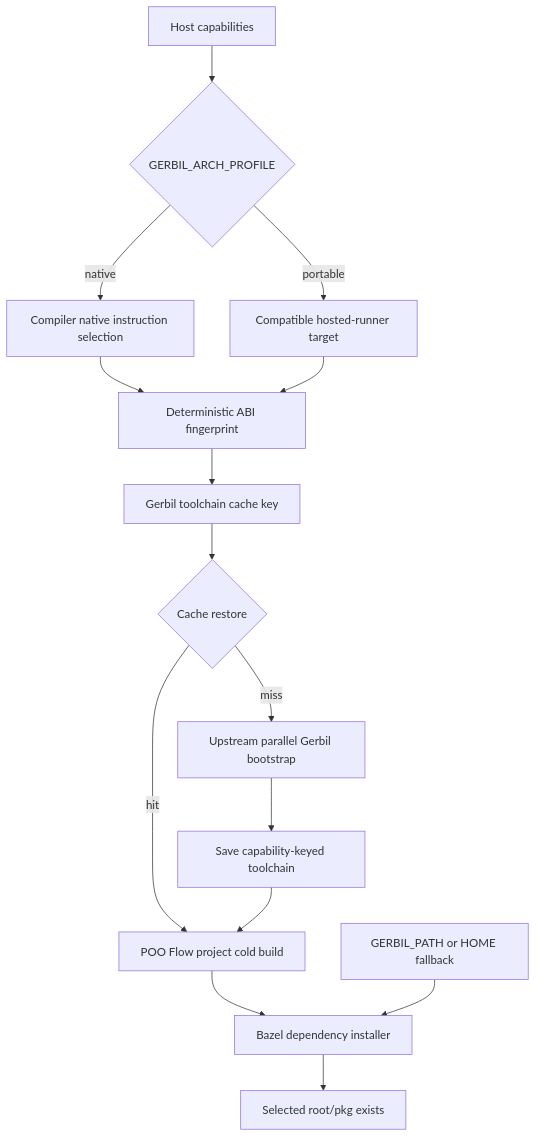
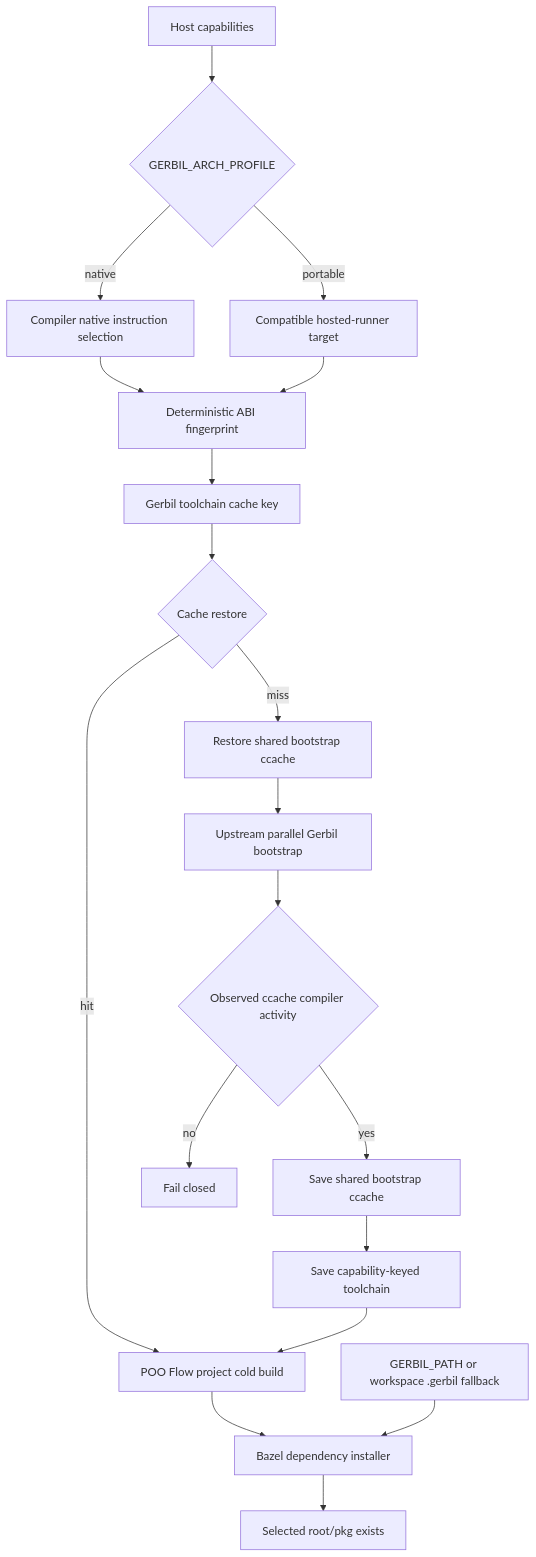
One commit to tao3k/poo-flow changed the diagram in docs/10-19-design/10.06-poo-module-system/148-ci-capability-cache-invariants.org. Above: the diagram before and after it, drawn with Mermaid. The commit also changed other lines of this file and 4 other files, not shown here.

Commit message:
perf(build): enforce Gerbil bootstrap ccache

```diff
--- a/docs/10-19-design/10.06-poo-module-system/148-ci-capability-cache-invariants.org
+++ b/docs/10-19-design/10.06-poo-module-system/148-ci-capability-cache-invariants.org
@@ -39,17 +44,21 @@
 #+begin_src mermaid
 flowchart TD
     Host["Host capabilities"] --> Profile{"GERBIL_ARCH_PROFILE"}
     Profile -->|native| Native["Compiler native instruction selection"]
     Profile -->|portable| Portable["Compatible hosted-runner target"]
     Native --> Probe["Deterministic ABI fingerprint"]
     Portable --> Probe
     Probe --> ToolchainKey["Gerbil toolchain cache key"]
     ToolchainKey --> Restore{"Cache restore"}
     Restore -->|hit| ProjectBuild["POO Flow project cold build"]
-    Restore -->|miss| Bootstrap["Upstream parallel Gerbil bootstrap"]
-    Bootstrap --> Save["Save capability-keyed toolchain"]
+    Restore -->|miss| CcacheRestore["Restore shared bootstrap ccache"]
+    CcacheRestore --> Bootstrap["Upstream parallel Gerbil bootstrap"]
+    Bootstrap --> CcacheGuard{"Observed ccache compiler activity"}
+    CcacheGuard -->|no| Block["Fail closed"]
+    CcacheGuard -->|yes| SaveCcache["Save shared bootstrap ccache"]
+    SaveCcache --> Save["Save capability-keyed toolchain"]
     Save --> ProjectBuild
     ProjectBuild --> Dependencies["Bazel dependency installer"]
-    GerbilPath["GERBIL_PATH or HOME fallback"] --> Dependencies
+    GerbilPath["GERBIL_PATH or workspace .gerbil fallback"] --> Dependencies
     Dependencies --> PackageRoot["Selected root/pkg exists"]
 #+end_src
```
